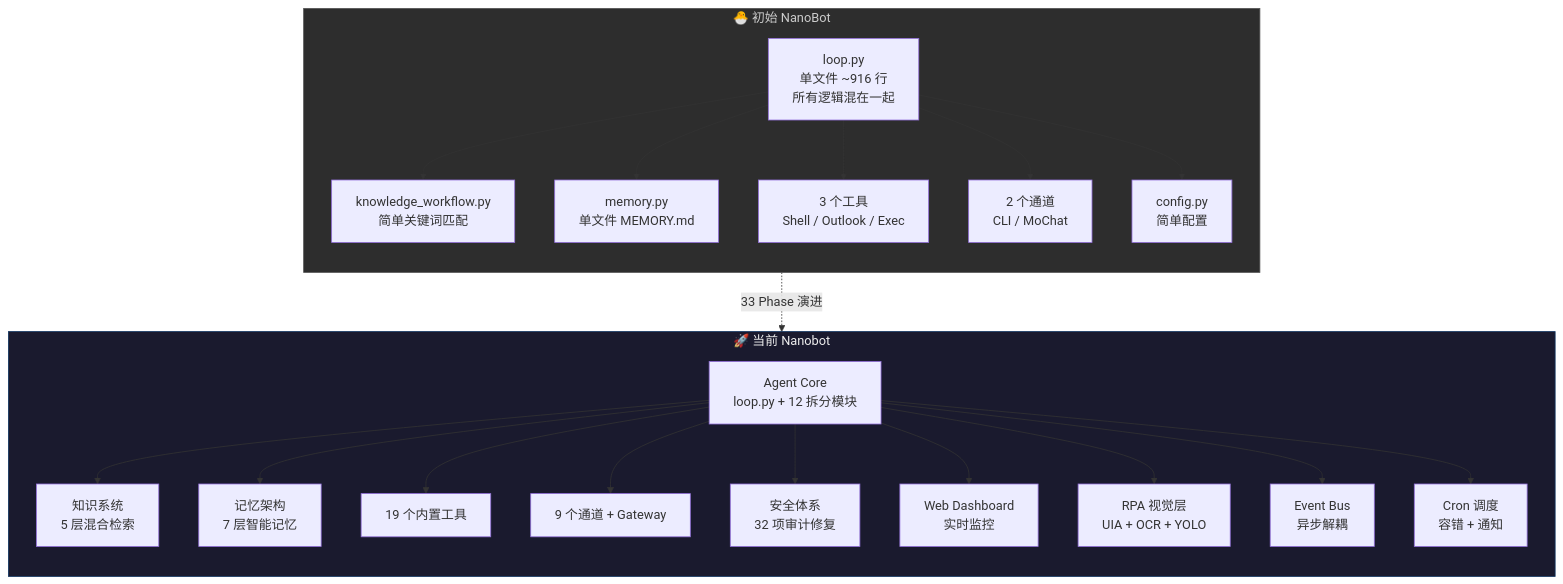
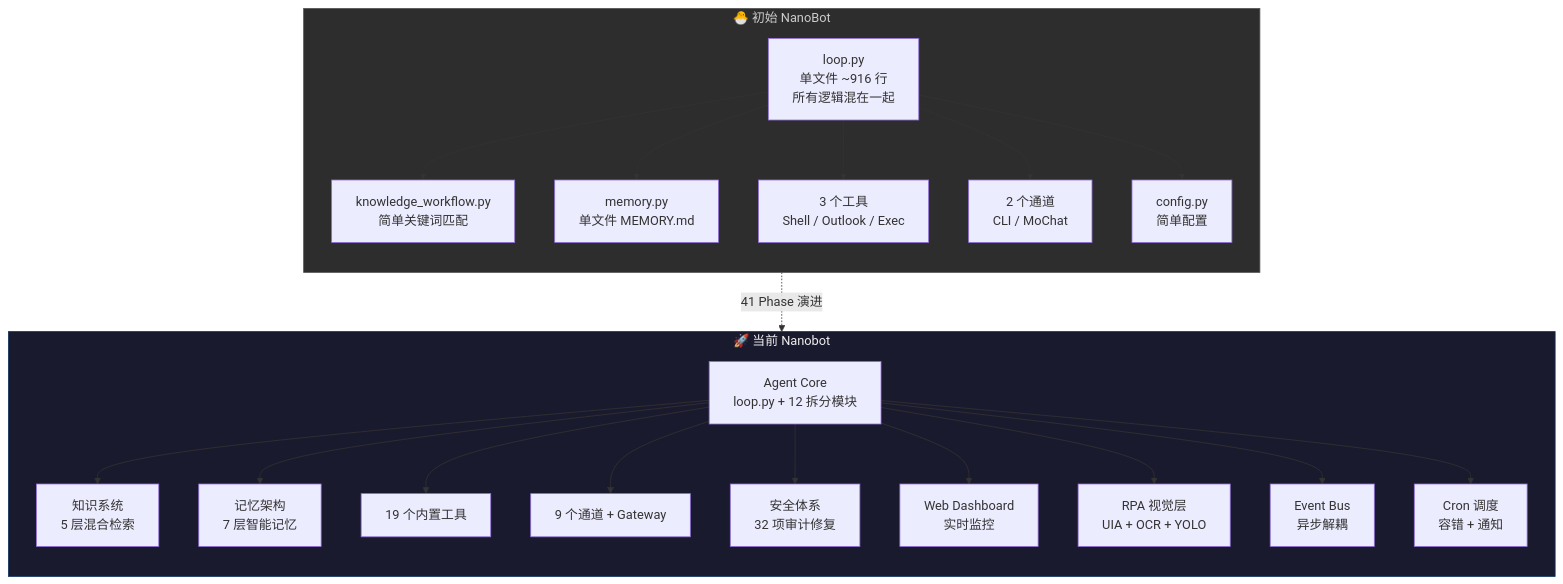
The diagram in docs/archive/EVOLUTION.md (HOTHOTCOOLCOOL/TitanBot), drawn with Mermaid before and after one commit. The commit also changed other lines of this file and 82 other files, not shown here.

````diff
--- a/docs/archive/EVOLUTION.md
+++ b/docs/archive/EVOLUTION.md
@@ -25,47 +25,47 @@
 ```mermaid
 graph TB
     subgraph BEFORE["🐣 初始 NanoBot"]
         direction TB
         B_LOOP["loop.py<br/>单文件 ~916 行<br/>所有逻辑混在一起"]
         B_KB["knowledge_workflow.py<br/>简单关键词匹配"]
         B_MEM["memory.py<br/>单文件 MEMORY.md"]
         B_TOOLS["3 个工具<br/>Shell / Outlook / Exec"]
         B_CH["2 个通道<br/>CLI / MoChat"]
         B_CFG["config.py<br/>简单配置"]
 
         B_LOOP --> B_KB
         B_LOOP --> B_MEM
         B_LOOP --> B_TOOLS
         B_LOOP --> B_CH
         B_LOOP --> B_CFG
     end
 
     subgraph AFTER["🚀 当前 Nanobot"]
         direction TB
         A_CORE["Agent Core<br/>loop.py + 12 拆分模块"]
         A_KNOW["知识系统<br/>5 层混合检索"]
         A_MEM["记忆架构<br/>7 层智能记忆"]
         A_TOOLS["19 个内置工具"]
         A_CH["9 个通道 + Gateway"]
         A_SEC["安全体系<br/>32 项审计修复"]
         A_DASH["Web Dashboard<br/>实时监控"]
         A_RPA["RPA 视觉层<br/>UIA + OCR + YOLO"]
         A_BUS["Event Bus<br/>异步解耦"]
         A_CRON["Cron 调度<br/>容错 + 通知"]
 
         A_CORE --> A_KNOW
         A_CORE --> A_MEM
         A_CORE --> A_TOOLS
         A_CORE --> A_CH
         A_CORE --> A_SEC
         A_CORE --> A_DASH
         A_CORE --> A_RPA
         A_CORE --> A_BUS
         A_CORE --> A_CRON
     end
 
-    BEFORE -.->|"33 Phase 演进"| AFTER
+    BEFORE -.->|"41 Phase 演进"| AFTER
 
     style BEFORE fill:#2d2d2d,color:#ccc,stroke:#555
     style AFTER fill:#1a1a2e,color:#eee,stroke:#0f3460
 ```
````
